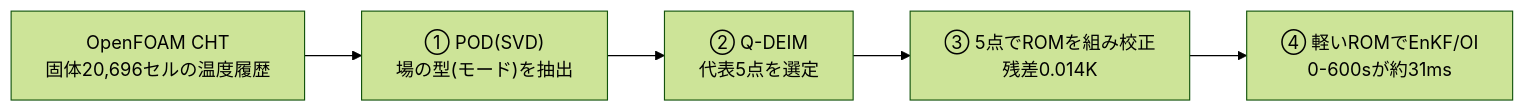
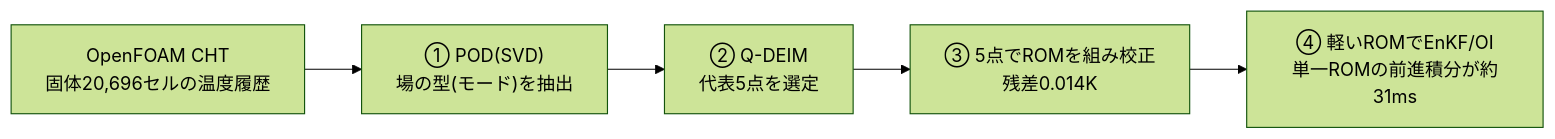
Before and after one commit to kamakiri1225/thermal-da-demo: the diagram in sample/106_0_pod_selected_rom/docs/blog_004_pod_selected_rom.md, drawn with Mermaid (forest theme). The commit also changed other lines of this file and 66 other files, not shown here.

````diff
--- a/sample/106_0_pod_selected_rom/docs/blog_004_pod_selected_rom.md
+++ b/sample/106_0_pod_selected_rom/docs/blog_004_pod_selected_rom.md
@@ -14,7 +35,7 @@
 ```mermaid
 flowchart LR
     A["OpenFOAM CHT<br/>固体20,696セルの温度履歴"] --> B["① POD(SVD)<br/>場の型(モード)を抽出"]
     B --> C["② Q-DEIM<br/>代表5点を選定"]
     C --> D["③ 5点でROMを組み校正<br/>残差0.014K"]
-    D --> E["④ 軽いROMでEnKF/OI<br/>0-600sが約31ms"]
+    D --> E["④ 軽いROMでEnKF/OI<br/>単一ROMの前進積分が約31ms"]
 ```
````
